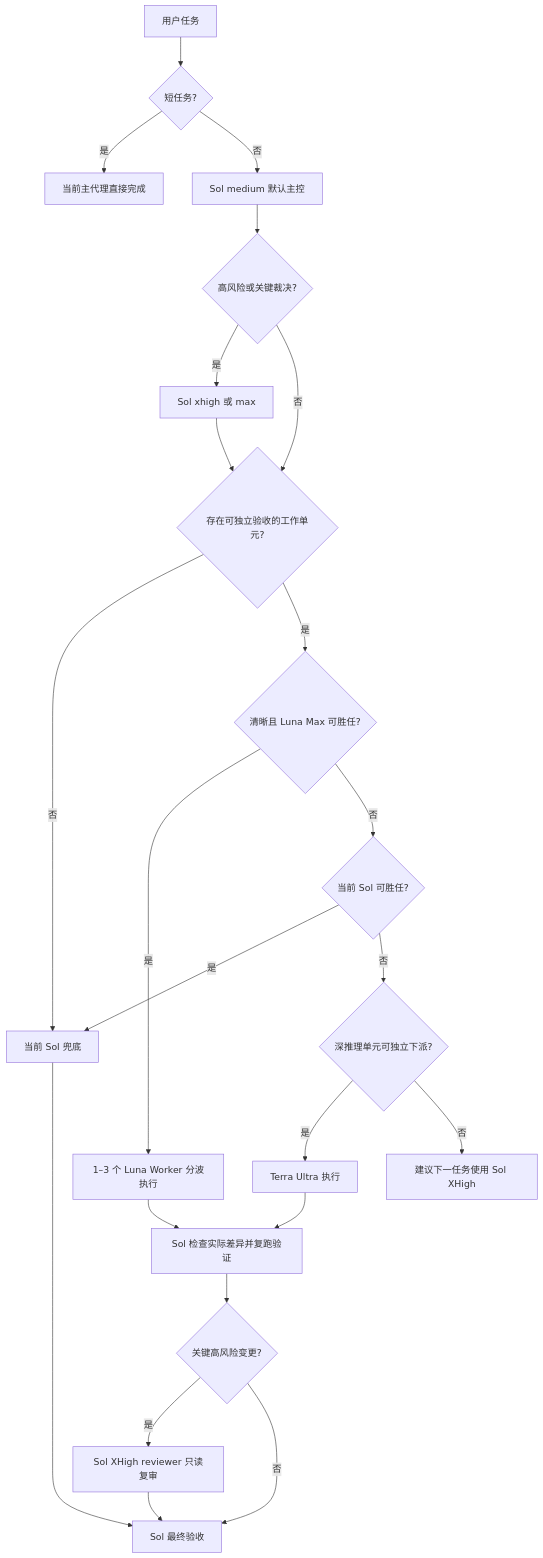
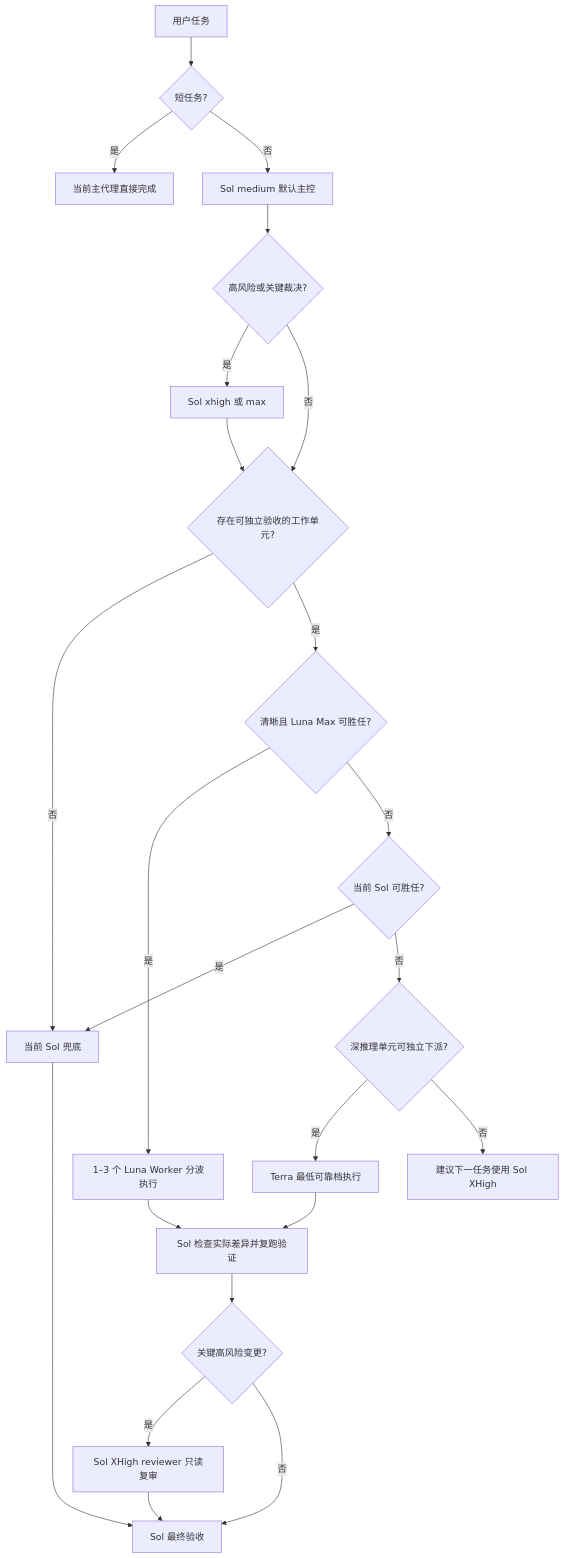
One commit to 9holy/codex-quality-orchestrator changed the diagram in docs/OPERATING_GUIDE.md. Above: the diagram before and after it, drawn with Mermaid. The commit also changed other lines of this file and 7 other files, not shown here.

````diff
--- a/docs/OPERATING_GUIDE.md
+++ b/docs/OPERATING_GUIDE.md
@@ -23,25 +23,25 @@
 ```mermaid
 flowchart TD
     A[用户任务] --> B{短任务?}
     B -->|是| C[当前主代理直接完成]
     B -->|否| D[Sol medium 默认主控]
     D --> E{高风险或关键裁决?}
     E -->|是| F[Sol xhigh 或 max]
     E -->|否| I{存在可独立验收的工作单元?}
     F --> I
     I -->|否| H[当前 Sol 兜底]
     I -->|是| G{清晰且 Luna Max 可胜任?}
     G -->|是| J[1–3 个 Luna Worker 分波执行]
     G -->|否| O{当前 Sol 可胜任?}
     O -->|是| H
     O -->|否| P{深推理单元可独立下派?}
-    P -->|是| Q[Terra Ultra 执行]
+    P -->|是| Q[Terra 最低可靠档执行]
     P -->|否| R[建议下一任务使用 Sol XHigh]
     Q --> K
     J --> K[Sol 检查实际差异并复跑验证]
     K --> S{关键高风险变更?}
     S -->|是| T[Sol XHigh reviewer 只读复审]
     S -->|否| N[Sol 最终验收]
     T --> N
     H --> N
 ```
````
